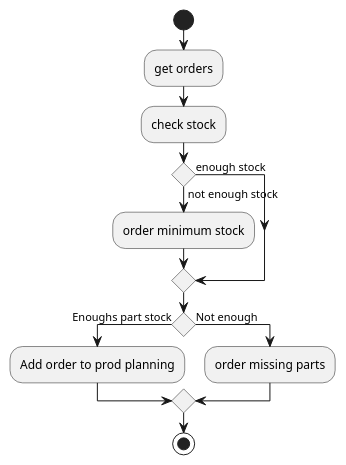
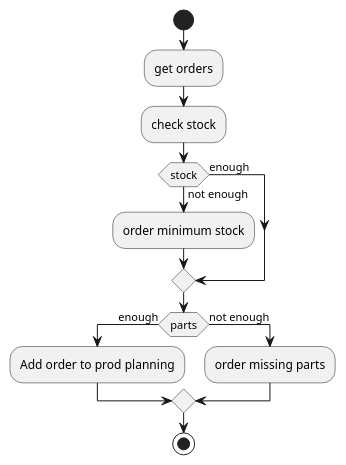
The diagram in diagrams/activity/planning.plantuml (fred-corp/Bovelo_PG3L_ECAM), drawn with PlantUML before and after one commit.

Commit message:
PP-5 Updated stock activity diagram

```diff
--- a/diagrams/activity/planning.plantuml
+++ b/diagrams/activity/planning.plantuml
@@ -1,15 +1,15 @@
 @startuml Planning
 start
 :get orders;
 :check stock;
-if () is (not enough stock) then
+if (stock) is (not enough) then
 	:order minimum stock;
-else (enough stock)
+else (enough)
 endif
-if () is (Enoughs part stock) then
+if (parts) is (enough) then
 	:Add order to prod planning;
-else (Not enough)
+else (not enough)
 	:order missing parts;
 endif
 stop
 @enduml
```
